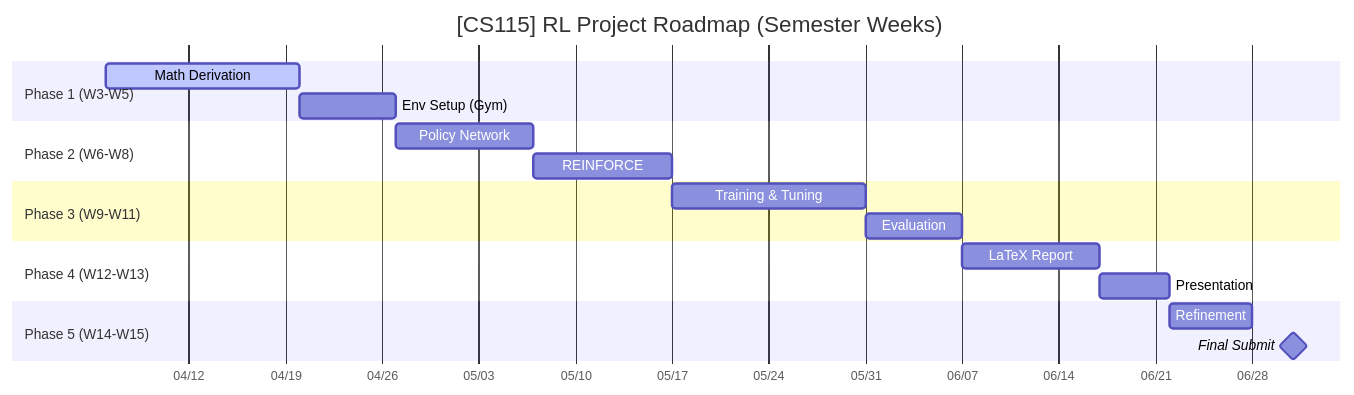
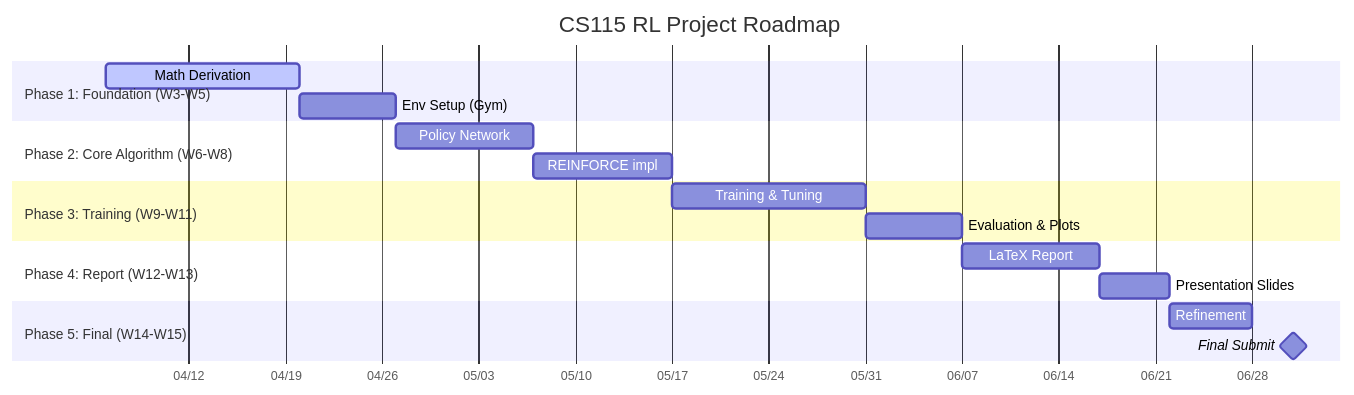
Before and after one commit to uit-25730067-chithanh/CS115-Team05-PG: the diagram in README.md, drawn with Mermaid. The commit also changed other lines of this file and 5 other files, not shown here.

````diff
--- a/README.md
+++ b/README.md
@@ -25,27 +27,27 @@
 ```mermaid
 gantt
-    title [CS115] RL Project Roadmap (Semester Weeks)
+    title CS115 RL Project Roadmap
     dateFormat  YYYY-MM-DD
     tickInterval 1w
     axisFormat  %m/%d
 
-    section Phase 1 (W3-W5)
+    section Phase 1: Foundation (W3-W5)
     Math Derivation             :active, des1, 2026-04-06, 14d
     Env Setup (Gym)             :des2, after des1, 7d
 
-    section Phase 2 (W6-W8)
+    section Phase 2: Core Algorithm (W6-W8)
     Policy Network              :des3, after des2, 10d
-    REINFORCE                   :des4, after des3, 10d
+    REINFORCE impl              :des4, after des3, 10d
 
-    section Phase 3 (W9-W11)
+    section Phase 3: Training (W9-W11)
     Training & Tuning           :des5, after des4, 14d
-    Evaluation                  :des6, after des5, 7d
+    Evaluation & Plots          :des6, after des5, 7d
 
-    section Phase 4 (W12-W13)
+    section Phase 4: Report (W12-W13)
     LaTeX Report                :des7, after des6, 10d
-    Presentation                :des8, after des7, 5d
+    Presentation Slides         :des8, after des7, 5d
 
-    section Phase 5 (W14-W15)
+    section Phase 5: Final (W14-W15)
     Refinement                  :des9, after des8, 6d
     Final Submit                :milestone, des10, 2026-07-01, 0d
 ```
````
